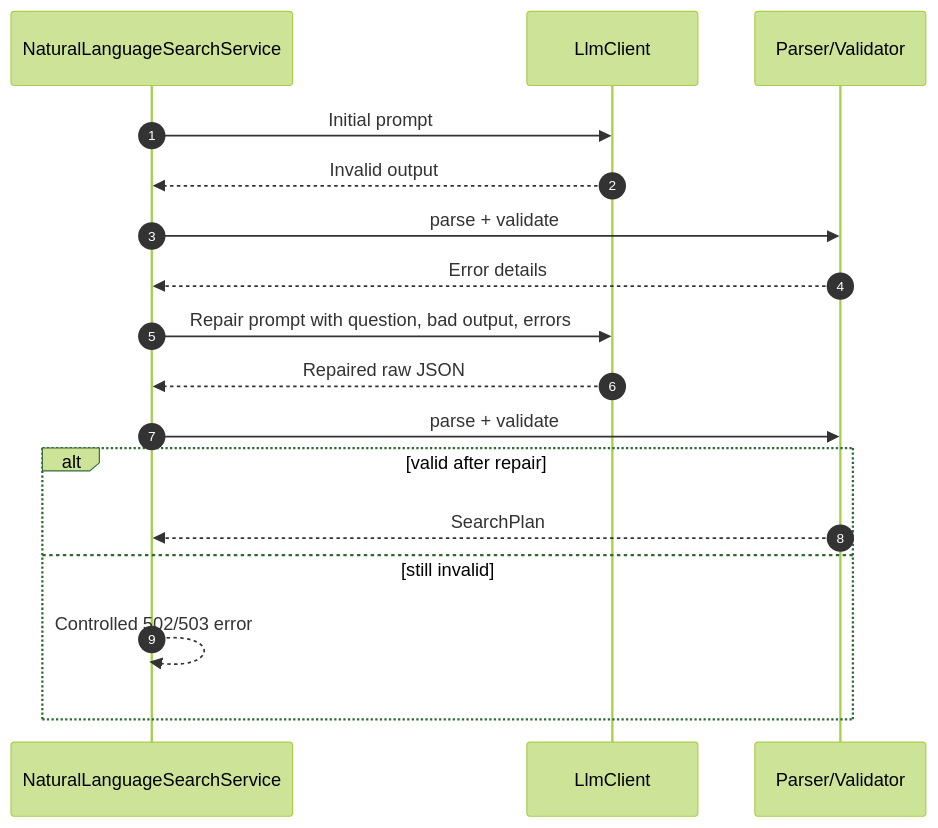
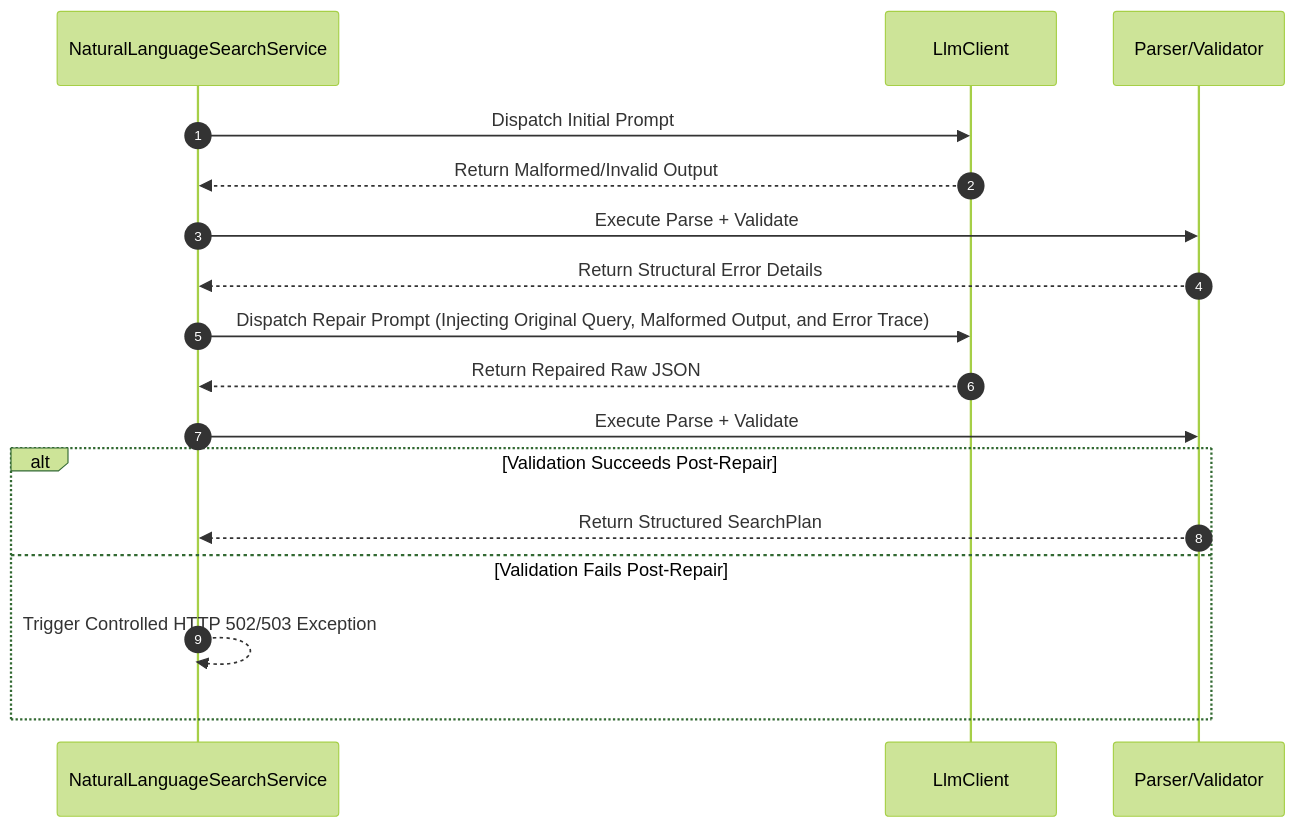
One commit to PhamVanMinhBinhThuan/soc-ai-search changed the third of 9 diagrams in docs/sequence-flow.md. Above: the diagram before and after it, drawn with Mermaid (forest theme). The commit also changed other lines of this file and 7 other files, not shown here.

````diff
--- a/docs/sequence-flow.md
+++ b/docs/sequence-flow.md
@@ -106,21 +126,21 @@
 ```mermaid
 sequenceDiagram
     autonumber
     participant NL as NaturalLanguageSearchService
     participant LLM as LlmClient
     participant Parser as Parser/Validator
 
-    NL->>LLM: Initial prompt
-    LLM-->>NL: Invalid output
-    NL->>Parser: parse + validate
-    Parser-->>NL: Error details
-    NL->>LLM: Repair prompt with question, bad output, errors
-    LLM-->>NL: Repaired raw JSON
-    NL->>Parser: parse + validate
+    NL->>LLM: Dispatch Initial Prompt
+    LLM-->>NL: Return Malformed/Invalid Output
+    NL->>Parser: Execute Parse + Validate
+    Parser-->>NL: Return Structural Error Details
+    NL->>LLM: Dispatch Repair Prompt (Injecting Original Query, Malformed Output, and Error Trace)
+    LLM-->>NL: Return Repaired Raw JSON
+    NL->>Parser: Execute Parse + Validate
 
-    alt valid after repair
-        Parser-->>NL: SearchPlan
-    else still invalid
-        NL-->>NL: Controlled 502/503 error
+    alt Validation Succeeds Post-Repair
+        Parser-->>NL: Return Structured SearchPlan
+    else Validation Fails Post-Repair
+        NL-->>NL: Trigger Controlled HTTP 502/503 Exception
     end
 ```
````
